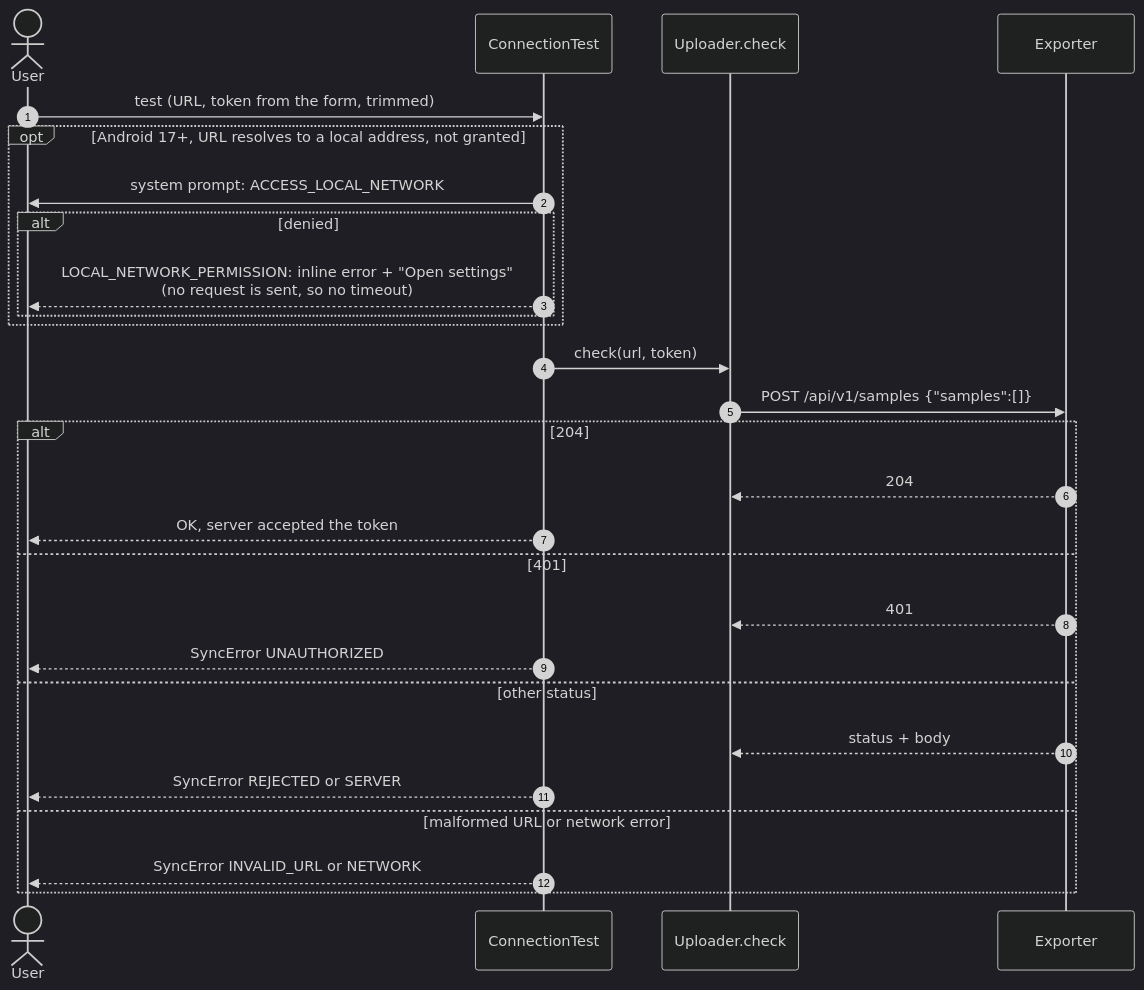
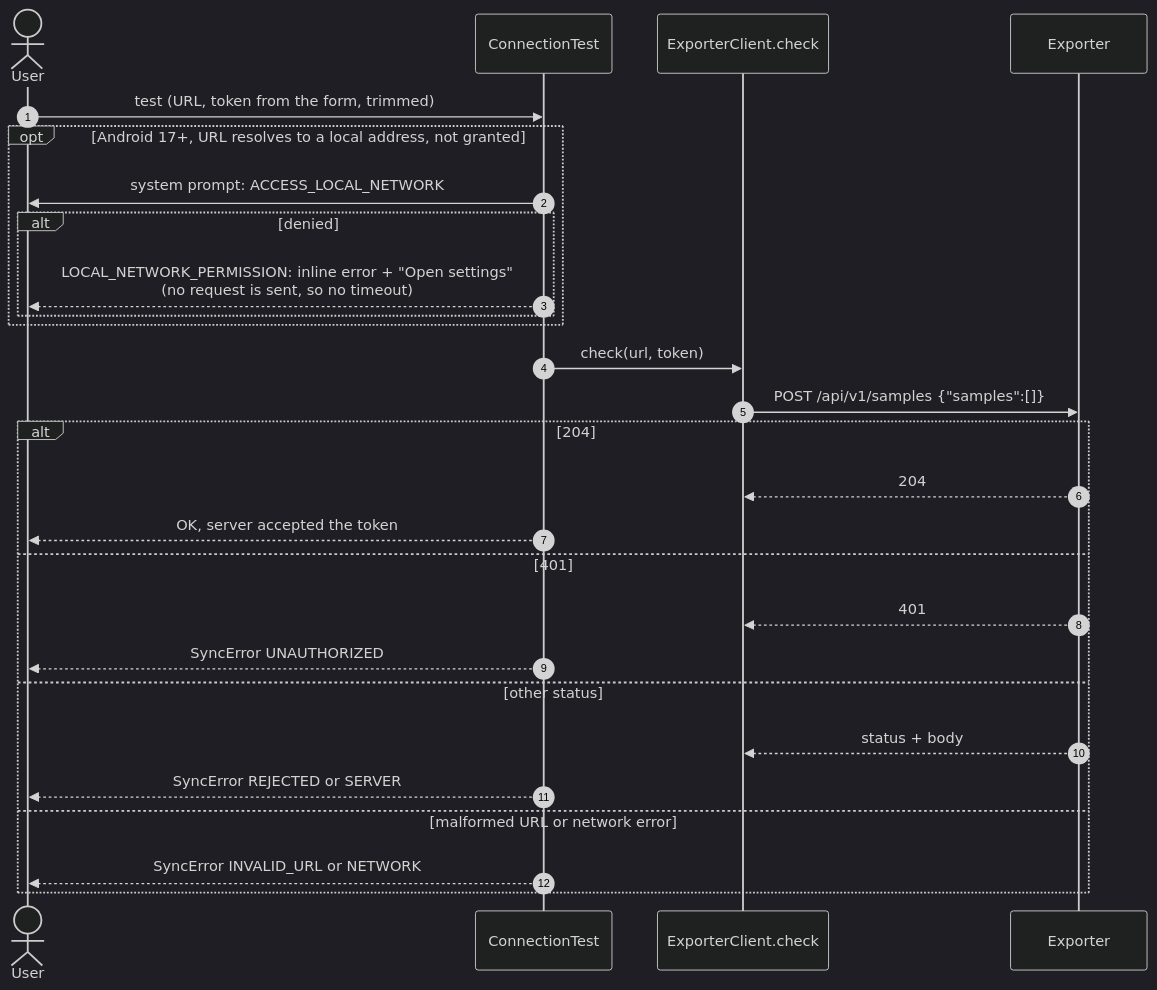
Before and after one commit to MateuxLucax/health-connect-bridge: the seventh of 8 diagrams in docs/sequences.md, drawn with Mermaid (dark theme). The commit also changed other lines of this file and 10 other files, not shown here.

````diff
--- a/docs/sequences.md
+++ b/docs/sequences.md
@@ -247,30 +248,30 @@
 ```mermaid
 sequenceDiagram
     autonumber
     actor U as User
     participant C as ConnectionTest
-    participant U2 as Uploader.check
+    participant U2 as ExporterClient.check
     participant E as Exporter
 
     U->>C: test (URL, token from the form, trimmed)
     opt Android 17+, URL resolves to a local address, not granted
         C->>U: system prompt: ACCESS_LOCAL_NETWORK
         alt denied
             C-->>U: LOCAL_NETWORK_PERMISSION: inline error + "Open settings"<br/>(no request is sent, so no timeout)
         end
     end
     C->>U2: check(url, token)
     U2->>E: POST /api/v1/samples {"samples":[]}
     alt 204
         E-->>U2: 204
         C-->>U: OK, server accepted the token
     else 401
         E-->>U2: 401
         C-->>U: SyncError UNAUTHORIZED
     else other status
         E-->>U2: status + body
         C-->>U: SyncError REJECTED or SERVER
     else malformed URL or network error
         C-->>U: SyncError INVALID_URL or NETWORK
     end
 ```
````
